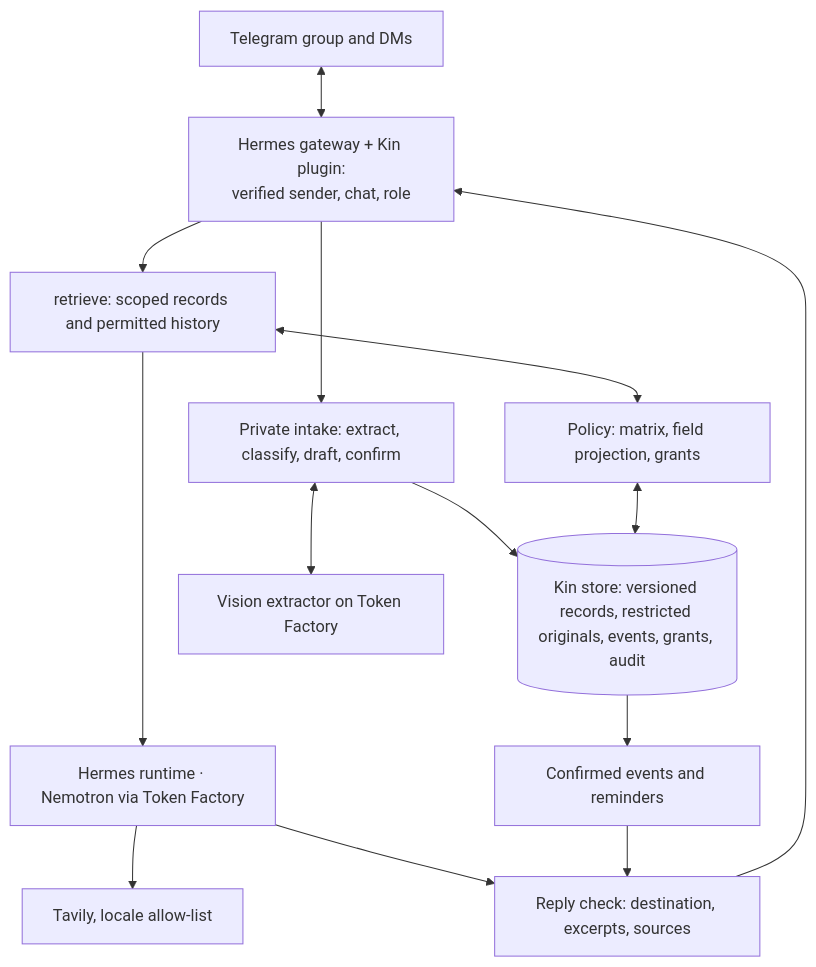
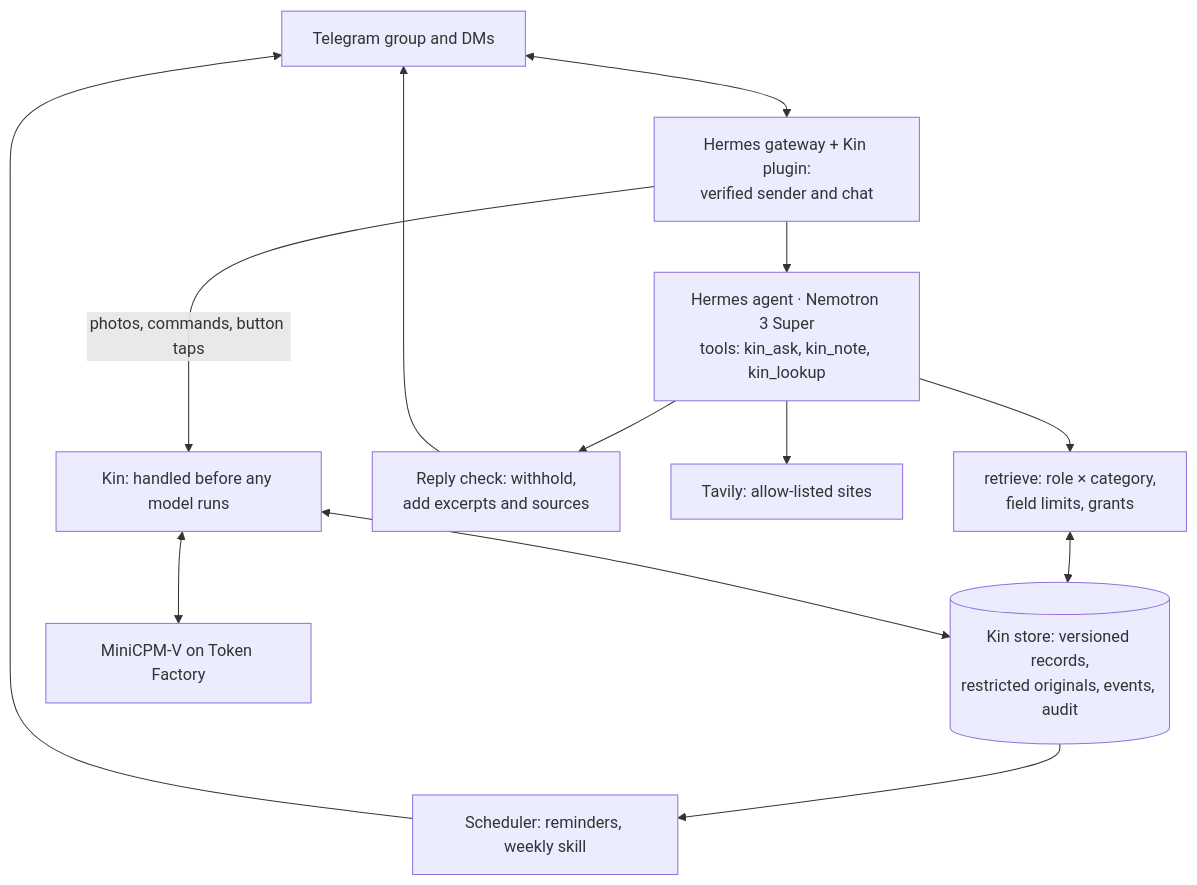
The diagram in docs/05-architecture.md (wenhao7/kin), drawn with Mermaid before and after one commit. The commit also changed other lines of this file and 25 other files, not shown here.

````diff
--- a/docs/05-architecture.md
+++ b/docs/05-architecture.md
@@ -7,16 +5,14 @@
 ```mermaid
 flowchart TB
-    TG[Telegram group and DMs] <--> GW[Hermes gateway + Kin plugin:<br/>verified sender, chat, role]
-    GW --> IN[Private intake: extract, classify, draft, confirm]
-    GW --> RET[retrieve: scoped records and permitted history]
-    IN --> DB[(Kin store: versioned records, restricted originals, events, grants, audit)]
-    RET <--> PE[Policy: matrix, field projection, grants]
-    PE <--> DB
-    RET --> AG[Hermes runtime · Nemotron via Token Factory]
-    AG --> OUT[Reply check: destination, excerpts, sources]
-    OUT --> GW
-    DB --> EV[Confirmed events and reminders]
-    EV --> OUT
-    IN <--> VX[Vision extractor on Token Factory]
-    AG --> TV[Tavily, locale allow-list]
+    TG[Telegram group and DMs] <--> GW[Hermes gateway + Kin plugin:<br/>verified sender and chat]
+    GW -->|photos, commands, button taps| IN[Kin: handled before any model runs]
+    GW --> AG[Hermes agent · Nemotron 3 Super<br/>tools: kin_ask, kin_note, kin_lookup]
+    AG --> RET[retrieve: role × category,<br/>field limits, grants]
+    RET <--> DB[(Kin store: versioned records,<br/>restricted originals, events, audit)]
+    IN <--> DB
+    IN <--> VX[MiniCPM-V on Token Factory]
+    AG --> OUT[Reply check: withhold,<br/>add excerpts and sources]
+    OUT --> TG
+    DB --> EV[Scheduler: reminders, weekly skill] --> TG
+    AG --> TV[Tavily: allow-listed sites]
 ```
````
